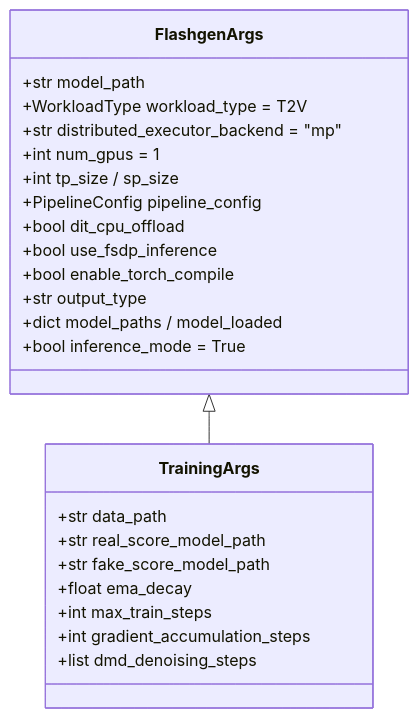
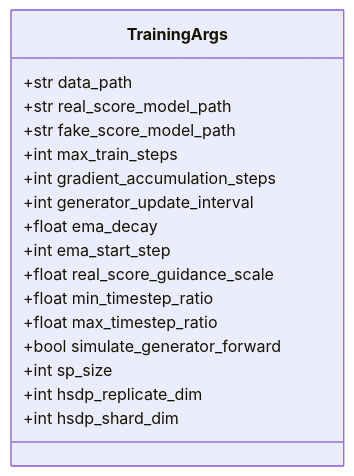
The ninth of 11 diagrams in docs/架构设计.md (Huangzjun/FlashGen), drawn with Mermaid before and after one commit. The commit also changed other lines of this file and 82 other files, not shown here.

````diff
--- a/docs/架构设计.md
+++ b/docs/架构设计.md
@@ -759,27 +522,20 @@
 ```mermaid
 classDiagram
-    class FlashgenArgs {
-        +str model_path
-        +WorkloadType workload_type = T2V
-        +str distributed_executor_backend = "mp"
-        +int num_gpus = 1
-        +int tp_size / sp_size
-        +PipelineConfig pipeline_config
-        +bool dit_cpu_offload
-        +bool use_fsdp_inference
-        +bool enable_torch_compile
-        +str output_type
-        +dict model_paths / model_loaded
-        +bool inference_mode = True
-    }
     class TrainingArgs {
         +str data_path
         +str real_score_model_path
         +str fake_score_model_path
-        +float ema_decay
         +int max_train_steps
         +int gradient_accumulation_steps
-        +list dmd_denoising_steps
+        +int generator_update_interval
+        +float ema_decay
+        +int ema_start_step
+        +float real_score_guidance_scale
+        +float min_timestep_ratio
+        +float max_timestep_ratio
+        +bool simulate_generator_forward
+        +int sp_size
+        +int hsdp_replicate_dim
+        +int hsdp_shard_dim
     }
-    FlashgenArgs <|-- TrainingArgs
 ```
````
